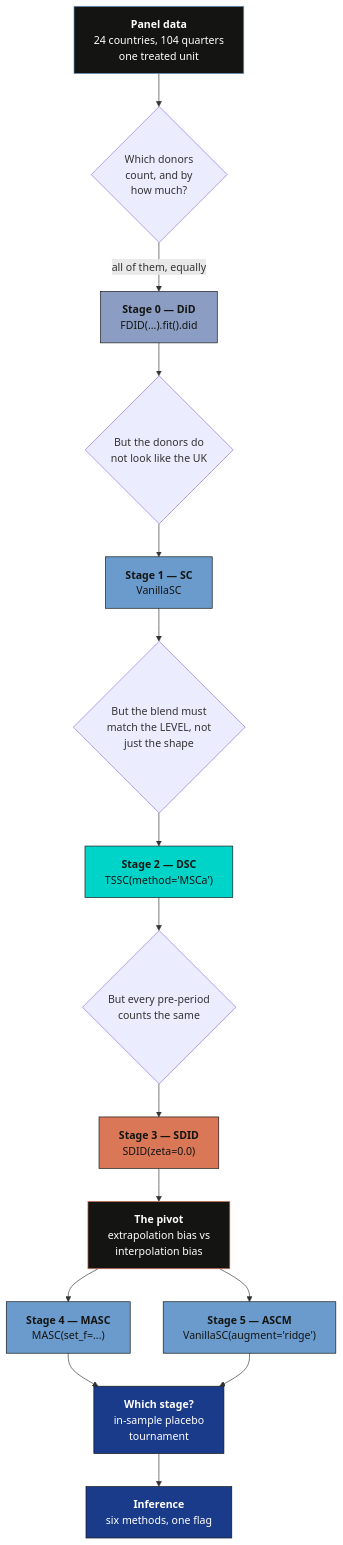
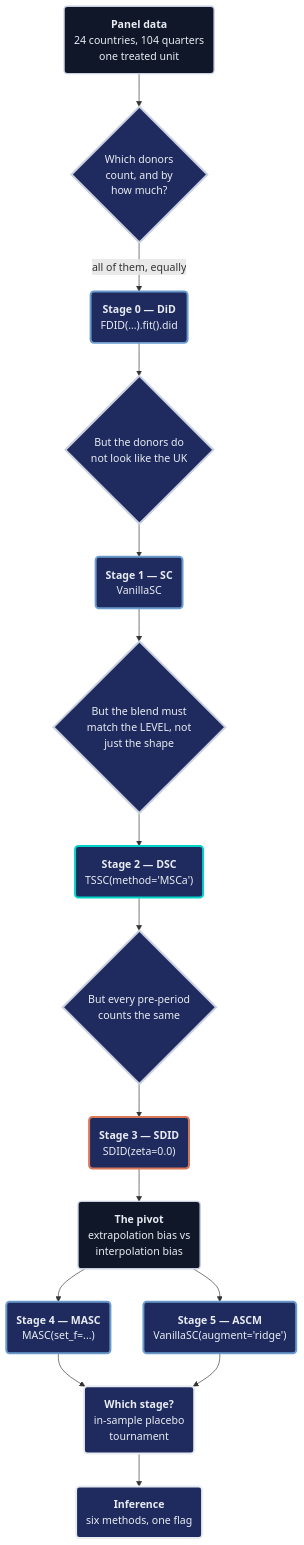
The first of 3 diagrams in content/post/python_sc_dsc_sdid/index.md (cmg777/starter-academic-v501), drawn with Mermaid before and after one commit. The commit also changed other lines of this file and 9 other files, not shown here.

First line of the commit message:
content(mermaid): restyle flowcharts in Python posts, batch 2 of 2

````diff
--- a/content/post/python_sc_dsc_sdid/index.md
+++ b/content/post/python_sc_dsc_sdid/index.md
@@ -130,27 +130,29 @@
 ```mermaid
 flowchart TD
-    D["<b>Panel data</b><br/>24 countries, 104 quarters<br/>one treated unit"] --> Q0{"Which donors<br/>count, and by<br/>how much?"}
-    Q0 -->|"all of them, equally"| DID["<b>Stage 0 — DiD</b><br/>FDID(...).fit().did"]
+    D("<b>Panel data</b><br/>24 countries, 104 quarters<br/>one treated unit") --> Q0{"Which donors<br/>count, and by<br/>how much?"}
+    Q0 -->|"all of them, equally"| DID("<b>Stage 0 — DiD</b><br/>FDID(...).fit().did")
     DID --> Q1{"But the donors do<br/>not look like the UK"}
-    Q1 --> SC["<b>Stage 1 — SC</b><br/>VanillaSC"]
+    Q1 --> SC("<b>Stage 1 — SC</b><br/>VanillaSC")
     SC --> Q2{"But the blend must<br/>match the LEVEL, not<br/>just the shape"}
-    Q2 --> DSC["<b>Stage 2 — DSC</b><br/>TSSC(method='MSCa')"]
+    Q2 --> DSC("<b>Stage 2 — DSC</b><br/>TSSC(method='MSCa')")
     DSC --> Q3{"But every pre-period<br/>counts the same"}
-    Q3 --> SDID["<b>Stage 3 — SDID</b><br/>SDID(zeta=0.0)"]
-    SDID --> PIVOT["<b>The pivot</b><br/>extrapolation bias vs<br/>interpolation bias"]
-    PIVOT --> MASC["<b>Stage 4 — MASC</b><br/>MASC(set_f=...)"]
-    PIVOT --> ASCM["<b>Stage 5 — ASCM</b><br/>VanillaSC(augment='ridge')"]
-    MASC --> SEL["<b>Which stage?</b><br/>in-sample placebo<br/>tournament"]
+    Q3 --> SDID("<b>Stage 3 — SDID</b><br/>SDID(zeta=0.0)")
+    SDID --> PIVOT("<b>The pivot</b><br/>extrapolation bias vs<br/>interpolation bias")
+    PIVOT --> MASC("<b>Stage 4 — MASC</b><br/>MASC(set_f=...)")
+    PIVOT --> ASCM("<b>Stage 5 — ASCM</b><br/>VanillaSC(augment='ridge')")
+    MASC --> SEL("<b>Which stage?</b><br/>in-sample placebo<br/>tournament")
     ASCM --> SEL
-    SEL --> INF["<b>Inference</b><br/>six methods, one flag"]
-    style D fill:#141413,stroke:#6a9bcc,color:#fff
-    style DID fill:#8b9dc3,stroke:#141413,color:#141413
-    style SC fill:#6a9bcc,stroke:#141413,color:#141413
-    style DSC fill:#00d4c8,stroke:#141413,color:#141413
-    style SDID fill:#d97757,stroke:#141413,color:#141413
-    style MASC fill:#6a9bcc,stroke:#141413,color:#141413
-    style ASCM fill:#6a9bcc,stroke:#141413,color:#141413
-    style PIVOT fill:#141413,stroke:#d97757,color:#fff
-    style SEL fill:#1a3a8a,stroke:#141413,color:#fff
-    style INF fill:#1a3a8a,stroke:#141413,color:#fff
+    SEL --> INF("<b>Inference</b><br/>six methods, one flag")
+    classDef anchor fill:#0f1729,stroke:#c8d0e0,stroke-width:2px,color:#e8ecf2
+    classDef gray fill:#1f2b5e,stroke:#c8d0e0,stroke-width:3px,color:#e8ecf2
+    classDef blue fill:#1f2b5e,stroke:#6a9bcc,stroke-width:3px,color:#e8ecf2
+    classDef teal fill:#1f2b5e,stroke:#00d4c8,stroke-width:3px,color:#e8ecf2
+    classDef orange fill:#1f2b5e,stroke:#d97757,stroke-width:3px,color:#e8ecf2
+    classDef key fill:#1f2b5e,stroke:#e8ecf2,stroke-width:3px,color:#e8ecf2
+    class D,PIVOT anchor
+    class Q0,Q1,Q2,Q3 gray
+    class DID,SC,MASC,ASCM blue
+    class DSC teal
+    class SDID orange
+    class SEL,INF key
 ```
````
